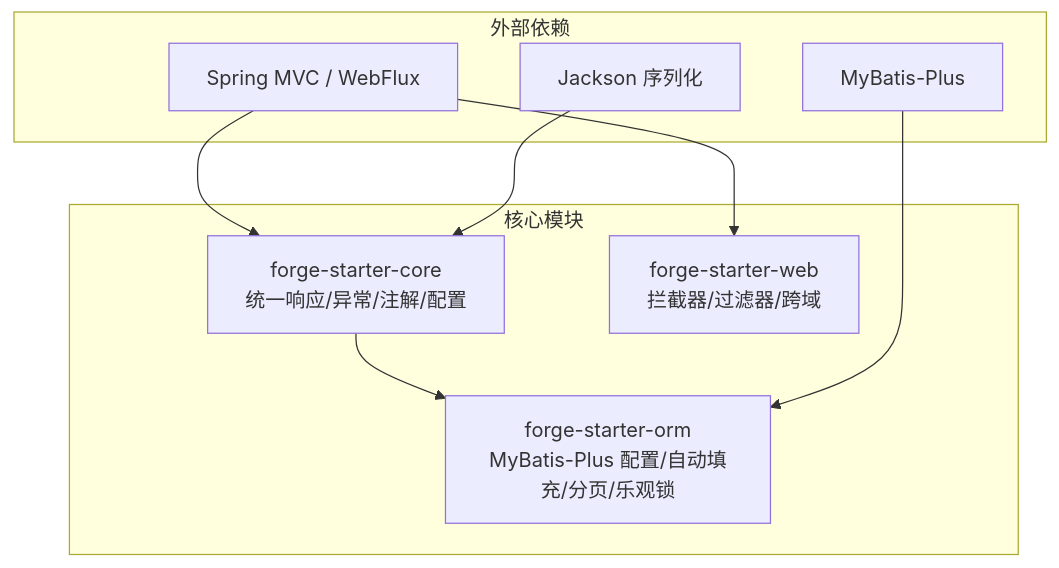
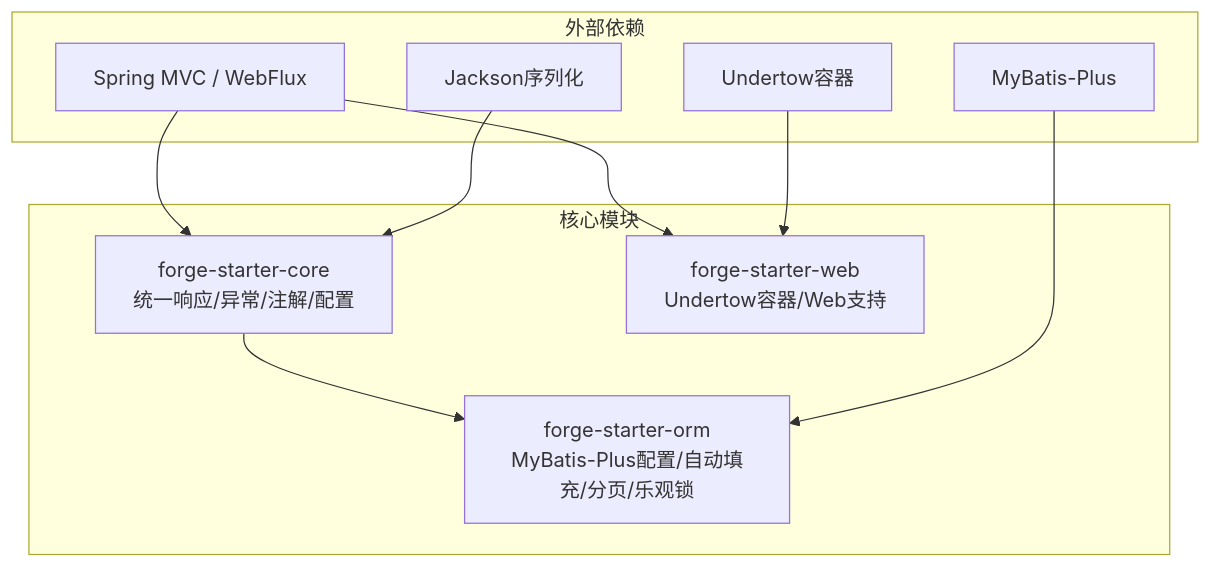
One commit to yaomindong1996/forge-admin changed the first of 5 diagrams in .qoder/repowiki/zh/content/后端框架详解/核心模块/核心模块.md. Above: the diagram before and after it, drawn with Mermaid. The commit also changed other lines of this file and 76 other files, not shown here.

````diff
--- a/.qoder/repowiki/zh/content/后端框架详解/核心模块/核心模块.md
+++ b/.qoder/repowiki/zh/content/后端框架详解/核心模块/核心模块.md
@@ -38,18 +49,20 @@
 ```mermaid
 graph TB
 subgraph "核心模块"
 CORE["forge-starter-core<br/>统一响应/异常/注解/配置"]
-WEB["forge-starter-web<br/>拦截器/过滤器/跨域"]
-ORM["forge-starter-orm<br/>MyBatis-Plus 配置/自动填充/分页/乐观锁"]
+WEB["forge-starter-web<br/>Undertow容器/Web支持"]
+ORM["forge-starter-orm<br/>MyBatis-Plus配置/自动填充/分页/乐观锁"]
 end
 subgraph "外部依赖"
 SPRING["Spring MVC / WebFlux"]
 MP["MyBatis-Plus"]
-JACKSON["Jackson 序列化"]
+UNDERTOW["Undertow容器"]
+JACKSON["Jackson序列化"]
 end
 SPRING --> CORE
 SPRING --> WEB
 CORE --> ORM
 MP --> ORM
+UNDERTOW --> WEB
 JACKSON --> CORE
 ```
````
